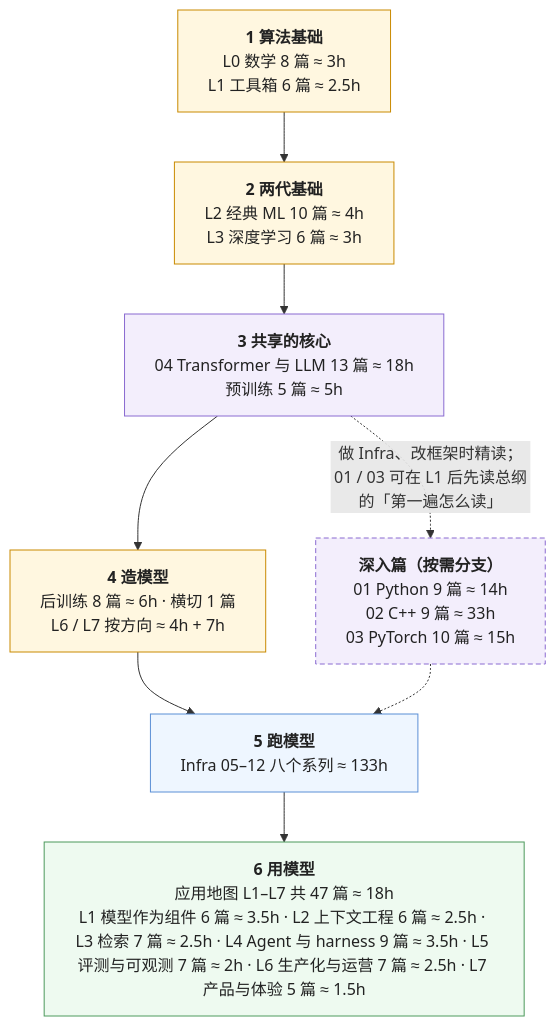
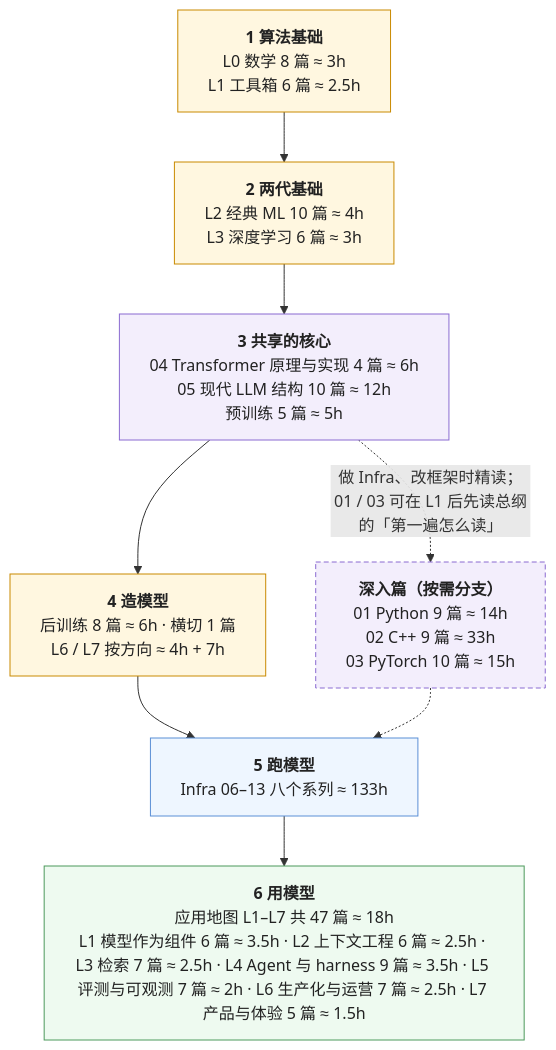
The second of 2 diagrams in _posts/2026-01-01-ai-fullstack-learning-roadmap.md (arganzheng/arganzheng.github.com), drawn with Mermaid before and after one commit. The commit also changed other lines of this file and 77 other files, not shown here.

Commit message:
更新学习地图与全站系列交叉引用

````diff
--- a/_posts/2026-01-01-ai-fullstack-learning-roadmap.md
+++ b/_posts/2026-01-01-ai-fullstack-learning-roadmap.md
@@ -140,40 +140,41 @@
 ```mermaid
 %%{init: {"flowchart": {"wrappingWidth": 420}}}%%
 %% 图：全栈的一条线：六段主线与按需进入的深入篇
 flowchart TB
     S1["`**1 算法基础**
 L0 数学 8 篇 ≈ 3h
 L1 工具箱 6 篇 ≈ 2.5h`"]
     S2["`**深入篇（按需分支）**
 01 Python 9 篇 ≈ 14h
 02 C++ 9 篇 ≈ 33h
 03 PyTorch 10 篇 ≈ 15h`"]
     S3["`**2 两代基础**
 L2 经典 ML 10 篇 ≈ 4h
 L3 深度学习 6 篇 ≈ 3h`"]
     S4["`**3 共享的核心**
-04 Transformer 与 LLM 13 篇 ≈ 18h
+04 Transformer 原理与实现 4 篇 ≈ 6h
+05 现代 LLM 结构 10 篇 ≈ 12h
 预训练 5 篇 ≈ 5h`"]
     S5["`**4 造模型**
 后训练 8 篇 ≈ 6h · 横切 1 篇
 L6 / L7 按方向 ≈ 4h + 7h`"]
     S6["`**5 跑模型**
-Infra 05–12 八个系列 ≈ 133h`"]
+Infra 06–13 八个系列 ≈ 133h`"]
     S7["`**6 用模型**
 应用地图 L1–L7 共 47 篇 ≈ 18h
 L1 模型作为组件 6 篇 ≈ 3.5h · L2 上下文工程 6 篇 ≈ 2.5h · L3 检索 7 篇 ≈ 2.5h · L4 Agent 与 harness 9 篇 ≈ 3.5h · L5 评测与可观测 7 篇 ≈ 2h · L6 生产化与运营 7 篇 ≈ 2.5h · L7 产品与体验 5 篇 ≈ 1.5h`"]
     S1 --> S3 --> S4 --> S5 --> S6 --> S7
     S4 -. "做 Infra、改框架时精读；\n01 / 03 可在 L1 后先读总纲的「第一遍怎么读」" .-> S2
     S2 -.-> S6
 
     classDef algo fill:#fff7e0,stroke:#c98a00,stroke-width:1px,color:#222
     classDef infra fill:#eef6ff,stroke:#5b8fd6,stroke-width:1px,color:#222
     classDef app fill:#eefaf0,stroke:#4d9a5c,stroke-width:1px,color:#222
     classDef shared fill:#f3eefc,stroke:#8a6bd1,stroke-width:1px,color:#222
     classDef deep fill:#f3eefc,stroke:#8a6bd1,stroke-width:1px,color:#222,stroke-dasharray:5 3
     class S1,S3,S5 algo
     class S2 deep
     class S4 shared
     class S6 infra
     class S7 app
 ```
````
